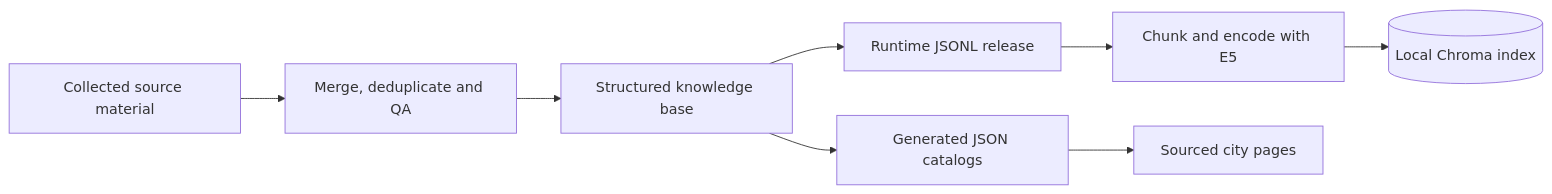
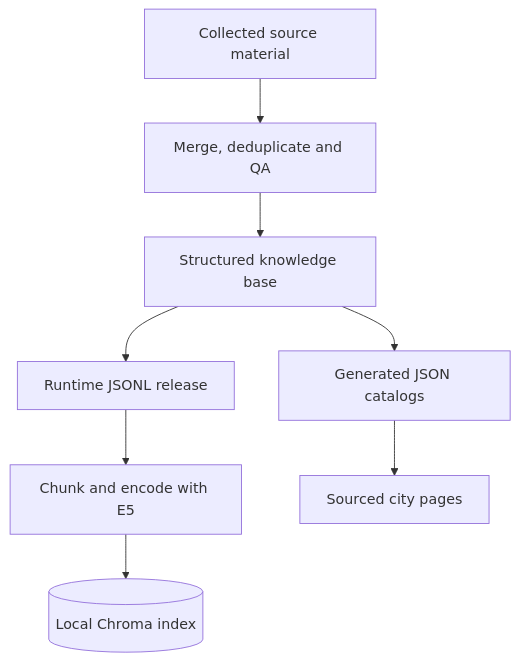
Before and after one commit to Al1mk/project-oberfranken: the second of 3 diagrams in README.md, drawn with Mermaid. The commit also changed other lines of this file and 3 other files, not shown here.

Commit message:
docs: add static diagram previews for reliable README rendering

````diff
--- a/README.md
+++ b/README.md
@@ -86,12 +102,12 @@
 ```mermaid
-flowchart LR
+flowchart TB
     accTitle: Knowledge base preparation pipeline
     accDescr: Reviewed source material becomes immutable runtime inputs. JSONL feeds local embeddings and Chroma, while generated catalogs feed the UI.
     source_material["Collected source material"] --> data_review["Merge, deduplicate and QA"]
     data_review --> authoring_kb["Structured knowledge base"]
     authoring_kb --> runtime_jsonl["Runtime JSONL release"]
     runtime_jsonl --> document_encoder["Chunk and encode with E5"]
     document_encoder --> chroma_storage[("Local Chroma index")]
     authoring_kb --> generated_catalogs["Generated JSON catalogs"]
     generated_catalogs --> city_pages["Sourced city pages"]
 ```
````
